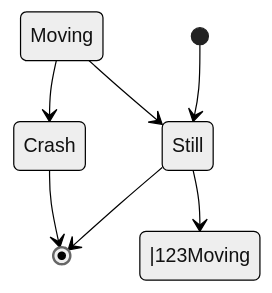
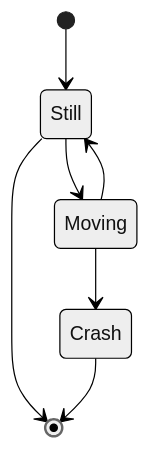
One commit to zhitian/iodraw-files changed the diagram in all/未命名.md. Above: the diagram before and after it, drawn with Mermaid (neutral theme).

Commit message:
2025-02-03 16:22:04 update

````diff
--- a/all/未命名.md
+++ b/all/未命名.md
@@ -1,10 +1,10 @@
 ```mermaid
 stateDiagram-v2
     [*] --> Still
     Still --> [*]
-    Still --> |123Moving
+    Still --> Moving
     Moving --> Still
     Moving --> Crash
     Crash --> [*]
             
 ```
````
